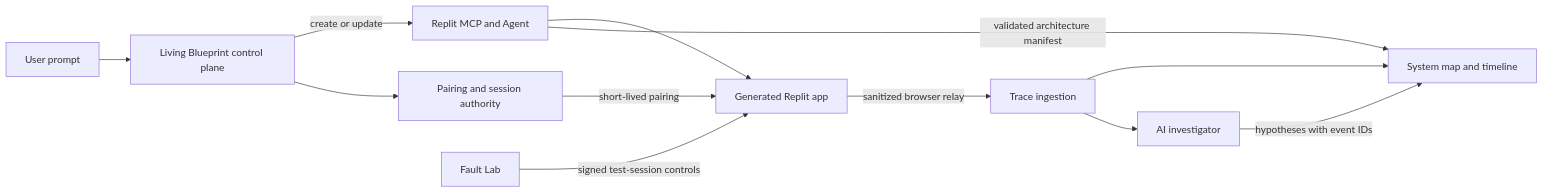
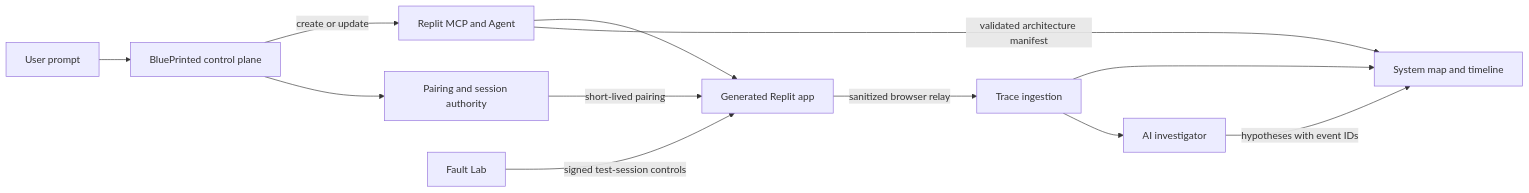
Before and after one commit to ArS377/app-creator: the diagram in docs/design.md, drawn with Mermaid. The commit also changed other lines of this file and 27 other files, not shown here.

Commit message:
refactor: rename product to BluePrinted

````diff
--- a/docs/design.md
+++ b/docs/design.md
@@ -141,14 +141,14 @@
 ```mermaid
 flowchart LR
-    U["User prompt"] --> C["Living Blueprint control plane"]
+    U["User prompt"] --> C["BluePrinted control plane"]
     C -->|"create or update"| R["Replit MCP and Agent"]
     R --> G["Generated Replit app"]
     C --> T["Pairing and session authority"]
     T -->|"short-lived pairing"| G
     G -->|"sanitized browser relay"| I["Trace ingestion"]
     I --> V["System map and timeline"]
     I --> D["AI investigator"]
     D -->|"hypotheses with event IDs"| V
     F["Fault Lab"] -->|"signed test-session controls"| G
     R -->|"validated architecture manifest"| V
 ```
````
